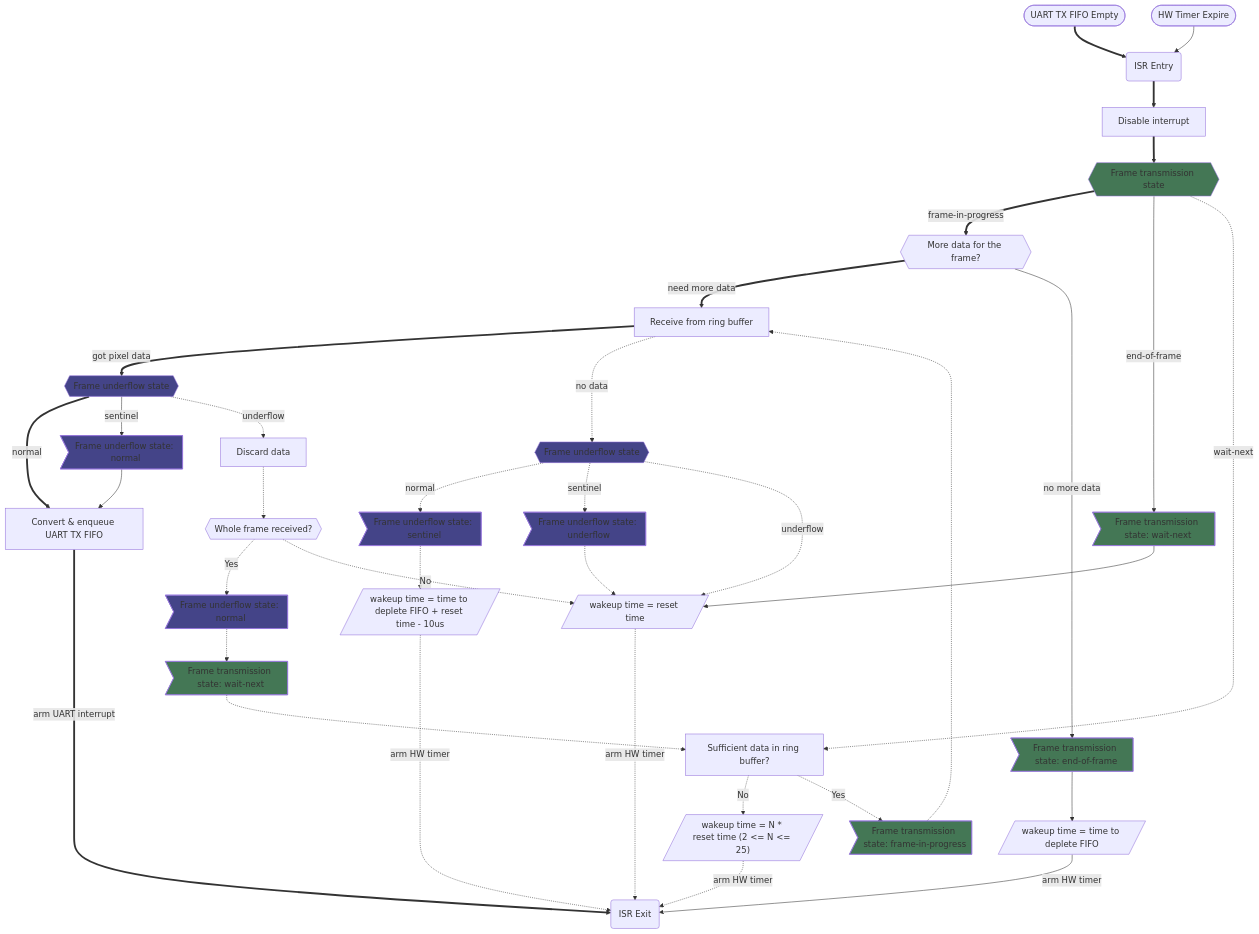
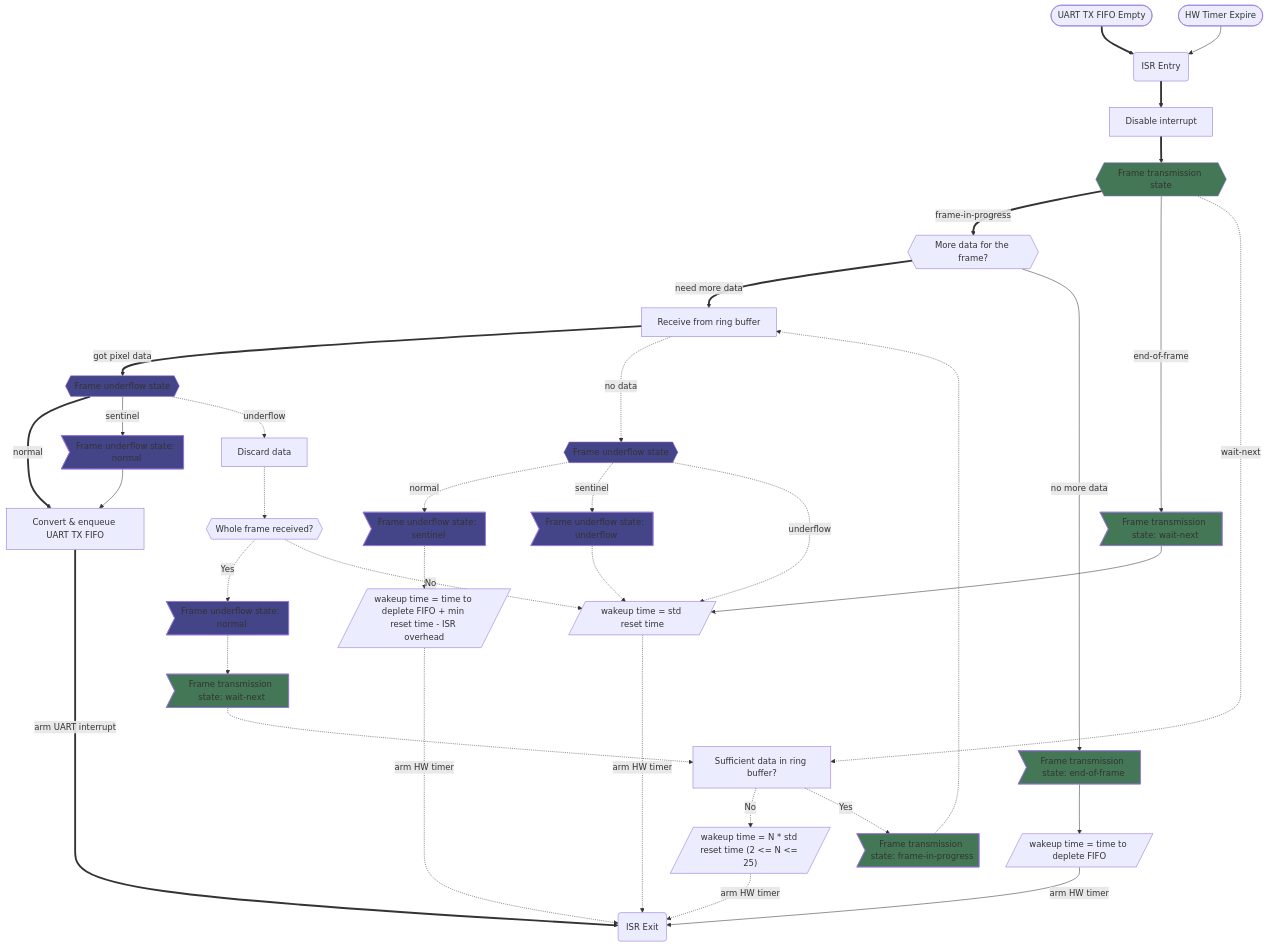
The diagram in README.md (Adam5Wu/ESPWS2812FBLess), drawn with Mermaid before and after one commit. The commit also changed other lines of this file and 16 other files, not shown here.

```diff
--- a/README.md
+++ b/README.md
@@ -214,7 +240,7 @@
 style FUState2 fill:#448
 FUSentinel>"Frame underflow state: sentinel"]
 style FUSentinel fill:#448
-TimeUnderflow[/"wakeup time = time to deplete FIFO + reset time - 10us"/]
+TimeUnderflow[/"wakeup time = time to deplete FIFO + min reset time - ISR overhead"/]
 
 FUActual>"Frame underflow state: underflow"]
 style FUActual fill:#448
@@ -228,12 +254,12 @@
 FTIdle1>"Frame transmission state: wait-next"]
 style FTIdle1 fill:#475
 
-FrameReset[/"wakeup time = reset time"/]
+FrameReset[/"wakeup time = std reset time"/]
 FTIdle2>"Frame transmission state: wait-next"]
 style FTIdle2 fill:#475
 
 RBufTell["Sufficient data in ring buffer?"]
-FrameWait[/"wakeup time = N * reset time (2 <= N <= 25)"/]
+FrameWait[/"wakeup time = N * std reset time (2 <= N <= 25)"/]
 FTNewFrame>"Frame transmission state: frame-in-progress"]
 style FTNewFrame fill:#475
 
```
